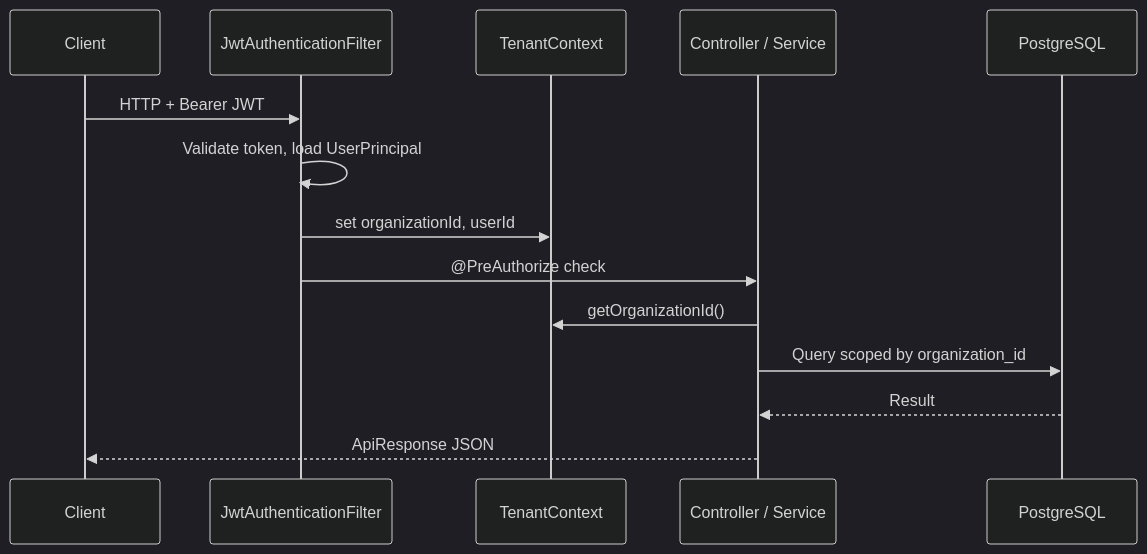
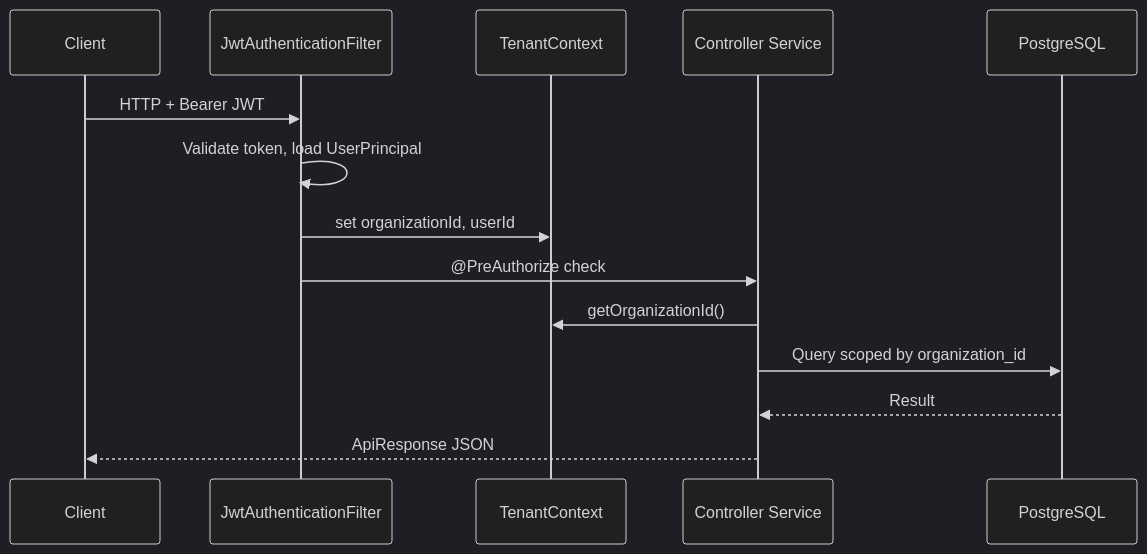
Before and after one commit to defector221/FlowLedgerAPI: the second of 6 diagrams in README.md, drawn with Mermaid (dark theme). The commit also changed other lines of this file and 15 other files, not shown here.

````diff
--- a/README.md
+++ b/README.md
@@ -61,17 +60,17 @@
 ```mermaid
 sequenceDiagram
   participant C as Client
   participant F as JwtAuthenticationFilter
   participant TC as TenantContext
-  participant S as Controller / Service
+  participant S as Controller Service
   participant DB as PostgreSQL
 
   C->>F: HTTP + Bearer JWT
   F->>F: Validate token, load UserPrincipal
   F->>TC: set organizationId, userId
   F->>S: @PreAuthorize check
   S->>TC: getOrganizationId()
   S->>DB: Query scoped by organization_id
   DB-->>S: Result
   S-->>C: ApiResponse JSON
 ```
````
